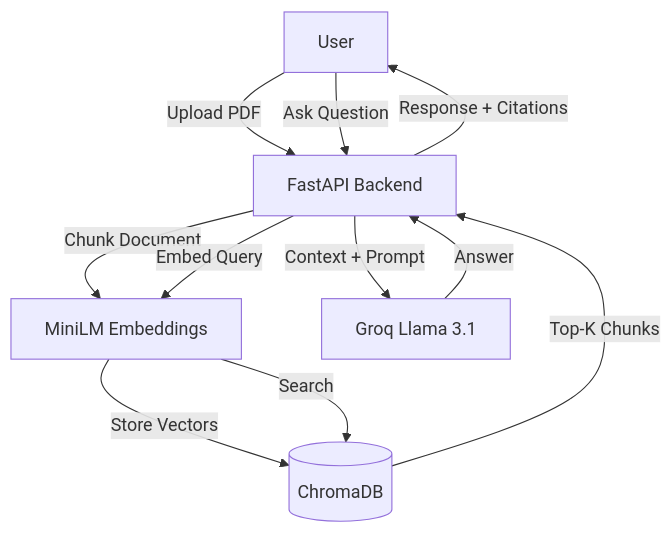
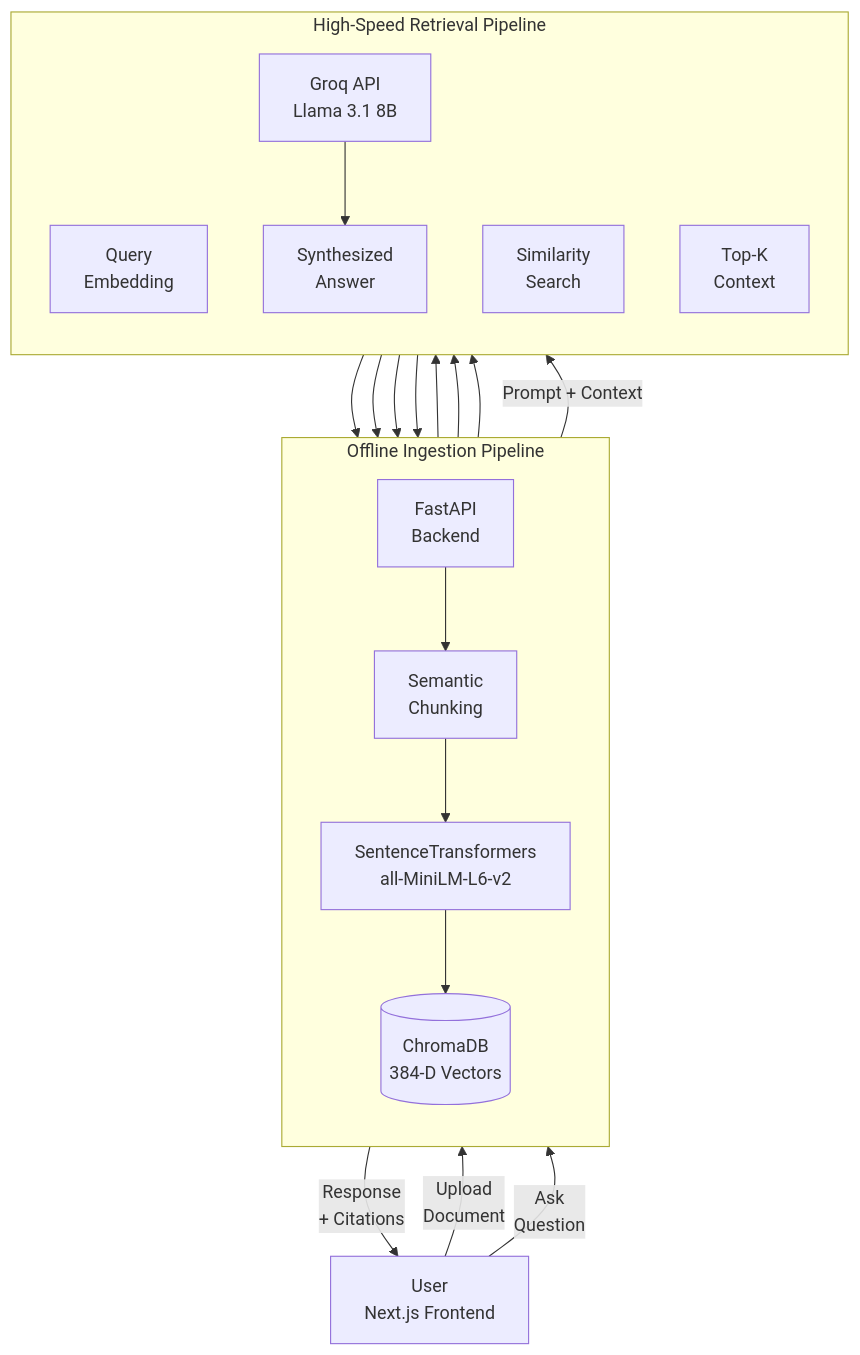
One commit to Anushka-Sharma-tech/rag-intelligence-system changed the diagram in README.md. Above: the diagram before and after it, drawn with Mermaid.

Commit message:
Readme needs some more changes😅

````diff
--- a/README.md
+++ b/README.md
@@ -27,28 +27,40 @@
 ```mermaid
-flowchart TB
+flowchart TD
+    A["User<br/>Next.js Frontend"]
+    B["FastAPI<br/>Backend"]
 
-    A[User]
+    A -->|"Upload<br/>Document"| B
+    A -->|"Ask<br/>Question"| B
 
-    B[FastAPI Backend]
+    subgraph S1["Offline Ingestion Pipeline"]
+        direction TD
+        C["Semantic<br/>Chunking"]
+        D["SentenceTransformers<br/>all-MiniLM-L6-v2"]
+        E[("ChromaDB<br/>384-D Vectors")]
 
-    C[MiniLM Embeddings]
+        B --> C
+        C --> D
+        D --> E
+    end
 
-    D[(ChromaDB)]
+    subgraph S2["High-Speed Retrieval Pipeline"]
+        direction TD
+        F["Query<br/>Embedding"]
+        G["Similarity<br/>Search"]
+        H["Top-K<br/>Context"]
+        I["Groq API<br/>Llama 3.1 8B"]
+        J["Synthesized<br/>Answer"]
 
-    E[Groq Llama 3.1]
+        B --> F
+        F --> D
+        D --> G
+        G --> E
+        E --> H
+        H --> B
+        B -->|"Prompt + Context"| I
+        I --> J
+        J --> B
+    end
 
-    A -->|Upload PDF| B
-    A -->|Ask Question| B
-
-    B -->|Chunk Document| C
-    C -->|Store Vectors| D
-
-    B -->|Embed Query| C
-    C -->|Search| D
-    D -->|Top-K Chunks| B
-
-    B -->|Context + Prompt| E
-    E -->|Answer| B
-
-    B -->|Response + Citations| A
+    B -->|"Response<br/>+ Citations"| A
 ```
````
